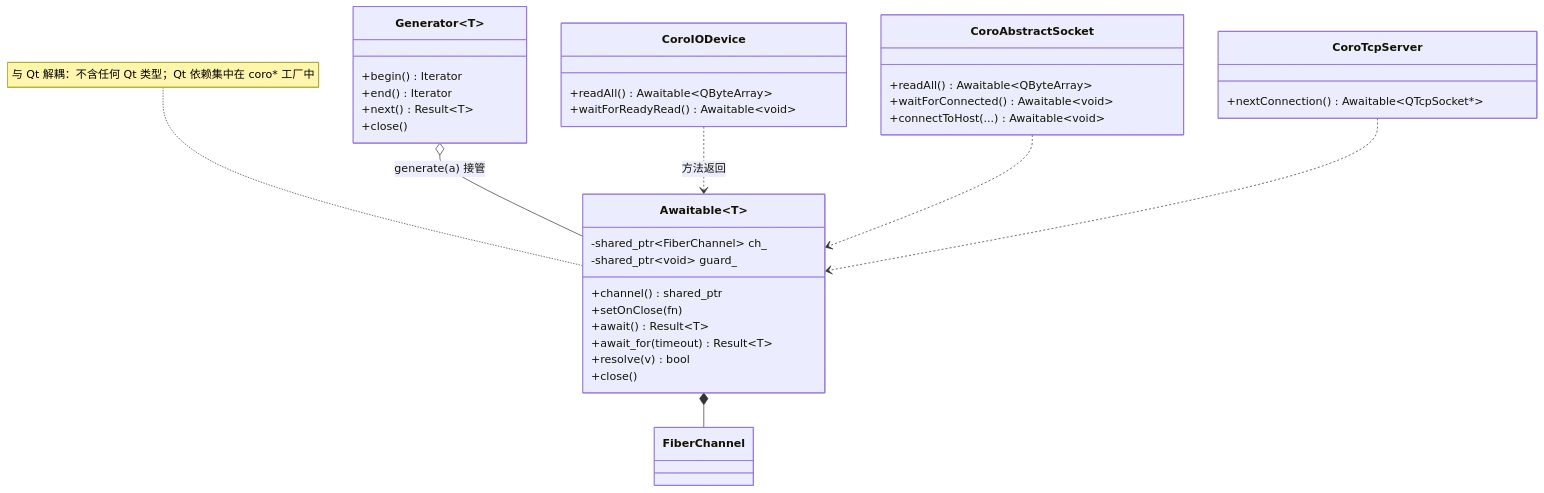
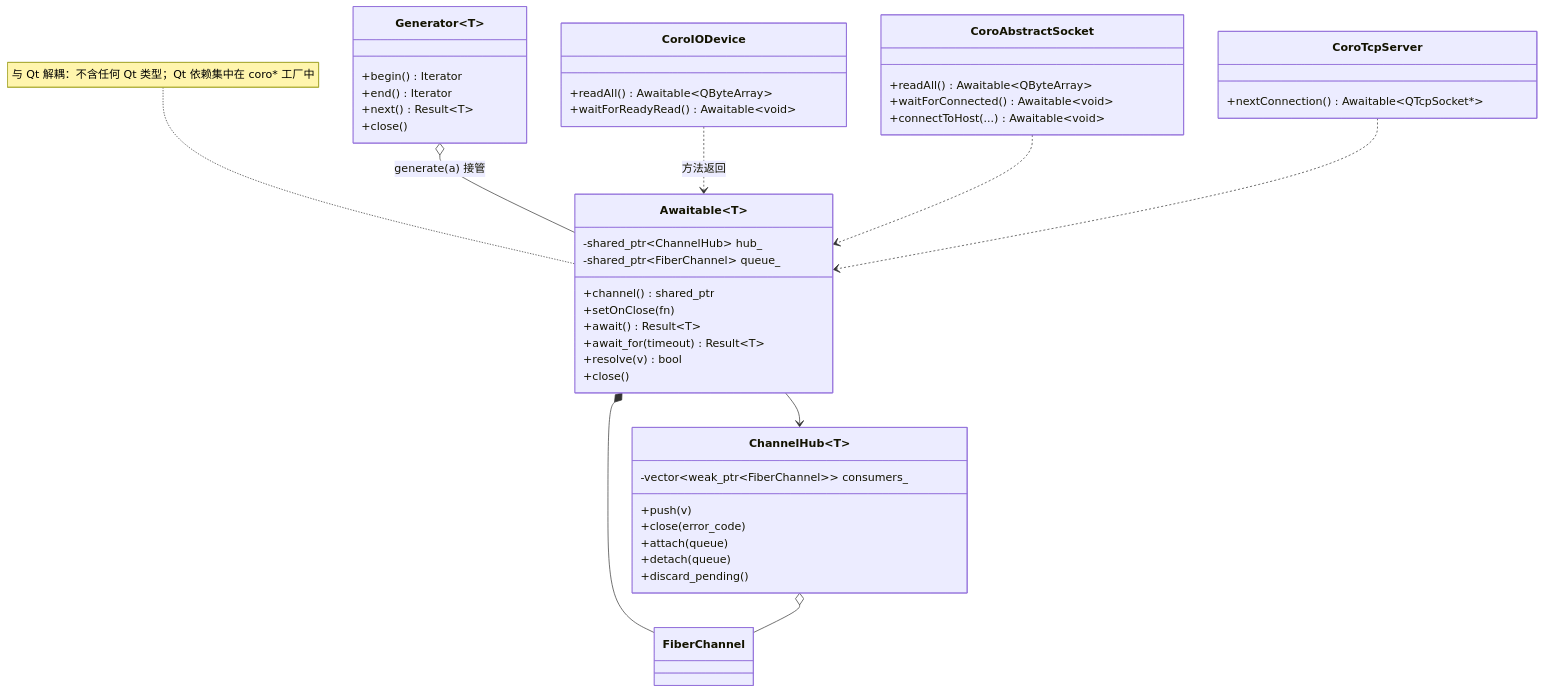
The fifth of 9 diagrams in doc/类图与时序图.md (Ste7an-cs/AsyncTask), drawn with Mermaid before and after one commit. The commit also changed other lines of this file and 8 other files, not shown here.

First line of the commit message:
docs: 按 ChannelHub 新结构同步设计与使用文档

````diff
--- a/doc/类图与时序图.md
+++ b/doc/类图与时序图.md
@@ -177,38 +180,48 @@
 ```mermaid
 classDiagram
     class Awaitable~T~ {
-        -shared_ptr~FiberChannel~ ch_
-        -shared_ptr~void~ guard_
+        -shared_ptr~ChannelHub~ hub_
+        -shared_ptr~FiberChannel~ queue_
         +channel() shared_ptr
         +setOnClose(fn)
         +await() Result~T~
         +await_for(timeout) Result~T~
         +resolve(v) bool
         +close()
+    }
+    class ChannelHub~T~ {
+        +push(v)
+        +close(error_code)
+        +attach(queue)
+        +detach(queue)
+        +discard_pending()
+        -vector~weak_ptr~FiberChannel~~ consumers_
     }
     class Generator~T~ {
         +begin() Iterator
         +end() Iterator
         +next() Result~T~
         +close()
     }
     class CoroIODevice {
         +readAll() Awaitable~QByteArray~
         +waitForReadyRead() Awaitable~void~
     }
     class CoroAbstractSocket {
         +readAll() Awaitable~QByteArray~
         +waitForConnected() Awaitable~void~
         +connectToHost(...) Awaitable~void~
     }
     class CoroTcpServer {
         +nextConnection() Awaitable~QTcpSocket*~
     }
 
+    Awaitable --> ChannelHub
     Awaitable *-- FiberChannel
+    ChannelHub o-- FiberChannel
     Generator o-- Awaitable : generate(a) 接管
     CoroIODevice ..> Awaitable : 方法返回
     CoroAbstractSocket ..> Awaitable
     CoroTcpServer ..> Awaitable
     note for Awaitable "与 Qt 解耦：不含任何 Qt 类型；Qt 依赖集中在 coro* 工厂中"
 ```
````
